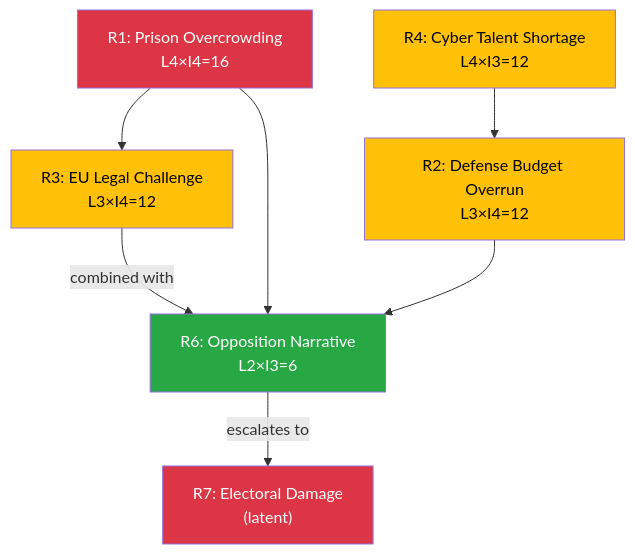
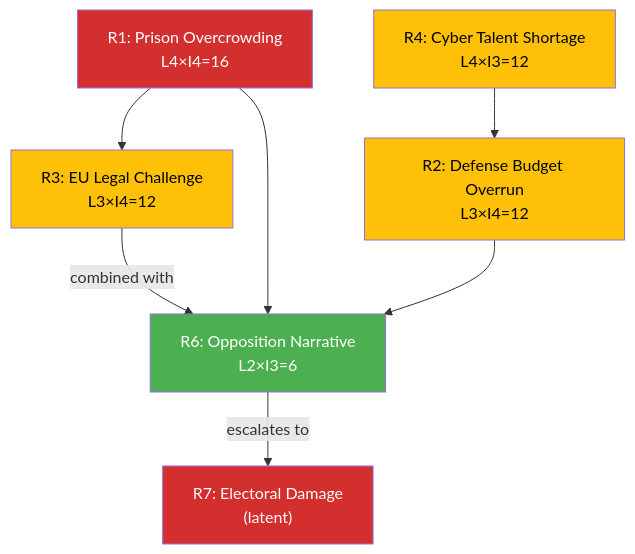
One commit to Hack23/riksdagsmonitor changed the third of 3 diagrams in analysis/daily/2026-04-03/realtime-1018/synthesis-summary.md. Above: the diagram before and after it, drawn with Mermaid. The commit also changed other lines of this file and 785 other files, not shown here.

First line of the commit message:
Normalize mermaid colors across 786 analysis artifacts to ISMS Style Guide palette

````diff
--- a/analysis/daily/2026-04-03/realtime-1018/synthesis-summary.md
+++ b/analysis/daily/2026-04-03/realtime-1018/synthesis-summary.md
@@ -103,17 +103,17 @@
 ```mermaid
 graph TD
     R1["R1: Prison Overcrowding<br/>L4×I4=16"] --> R3["R3: EU Legal Challenge<br/>L3×I4=12"]
     R1 --> R6["R6: Opposition Narrative<br/>L2×I3=6"]
     R2["R2: Defense Budget Overrun<br/>L3×I4=12"] --> R6
     R4["R4: Cyber Talent Shortage<br/>L4×I3=12"] --> R2
 
     R3 -->|"combined with"| R6
     R6 -->|"escalates to"| R7["R7: Electoral Damage<br/>(latent)"]
 
-    style R1 fill:#dc3545,color:#fff
-    style R2 fill:#ffc107,color:#000
-    style R3 fill:#ffc107,color:#000
-    style R4 fill:#ffc107,color:#000
-    style R6 fill:#28a745,color:#fff
-    style R7 fill:#dc3545,color:#fff
+    style R1 fill:#D32F2F,color:#FFFFFF
+    style R2 fill:#FFC107,color:#000000
+    style R3 fill:#FFC107,color:#000000
+    style R4 fill:#FFC107,color:#000000
+    style R6 fill:#4CAF50,color:#FFFFFF
+    style R7 fill:#D32F2F,color:#FFFFFF
 ```
````
